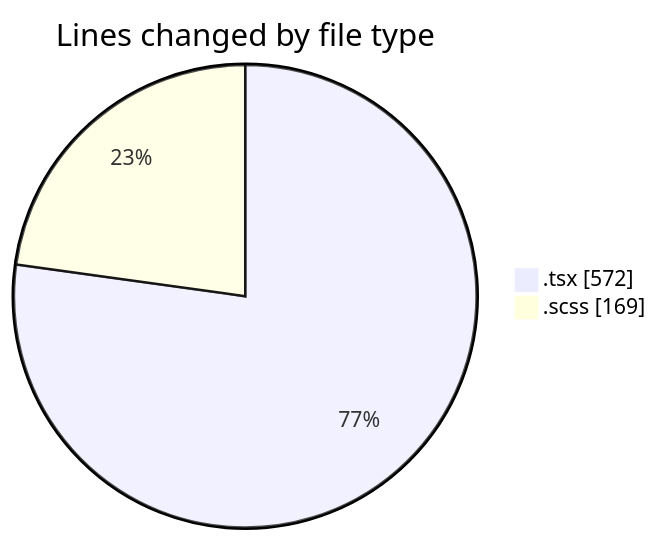
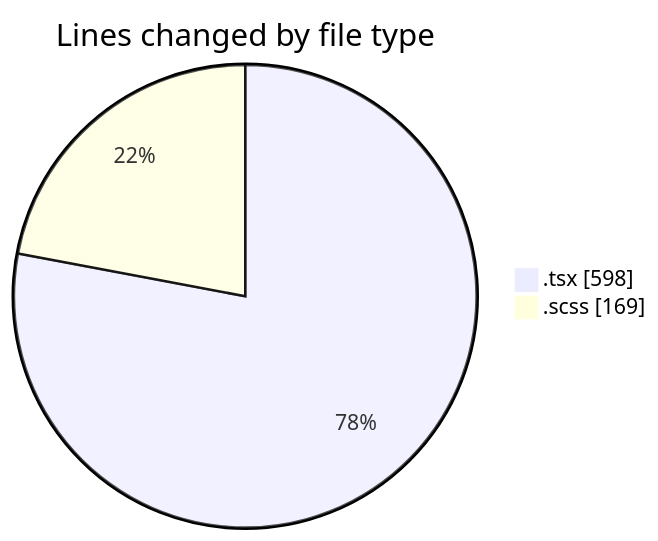
Before and after one commit to momahboobian/code-tracking: the first of 2 diagrams in 2026-04-16/cda/README.md, drawn with Mermaid. The commit also changed other lines of this file and 1 other file, not shown here.

````diff
--- a/2026-04-16/cda/README.md
+++ b/2026-04-16/cda/README.md
@@ -23,6 +23,6 @@
 ```mermaid
 pie showData
 title Lines changed by file type
-".tsx" : 572
+".tsx" : 598
 ".scss" : 169
 ```
````
